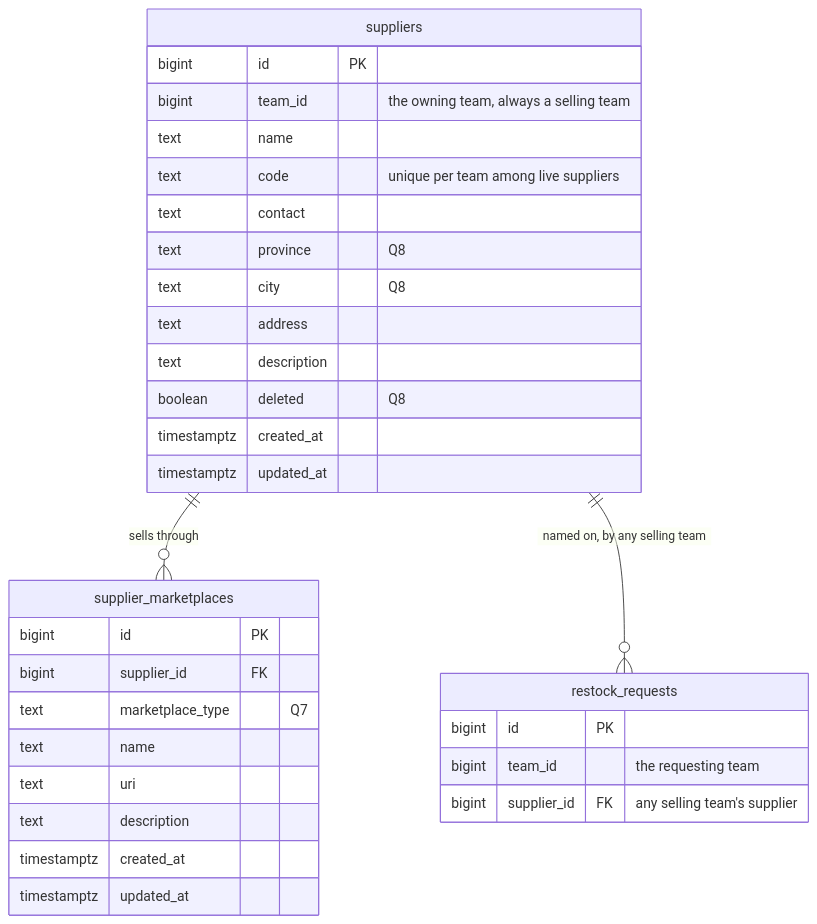
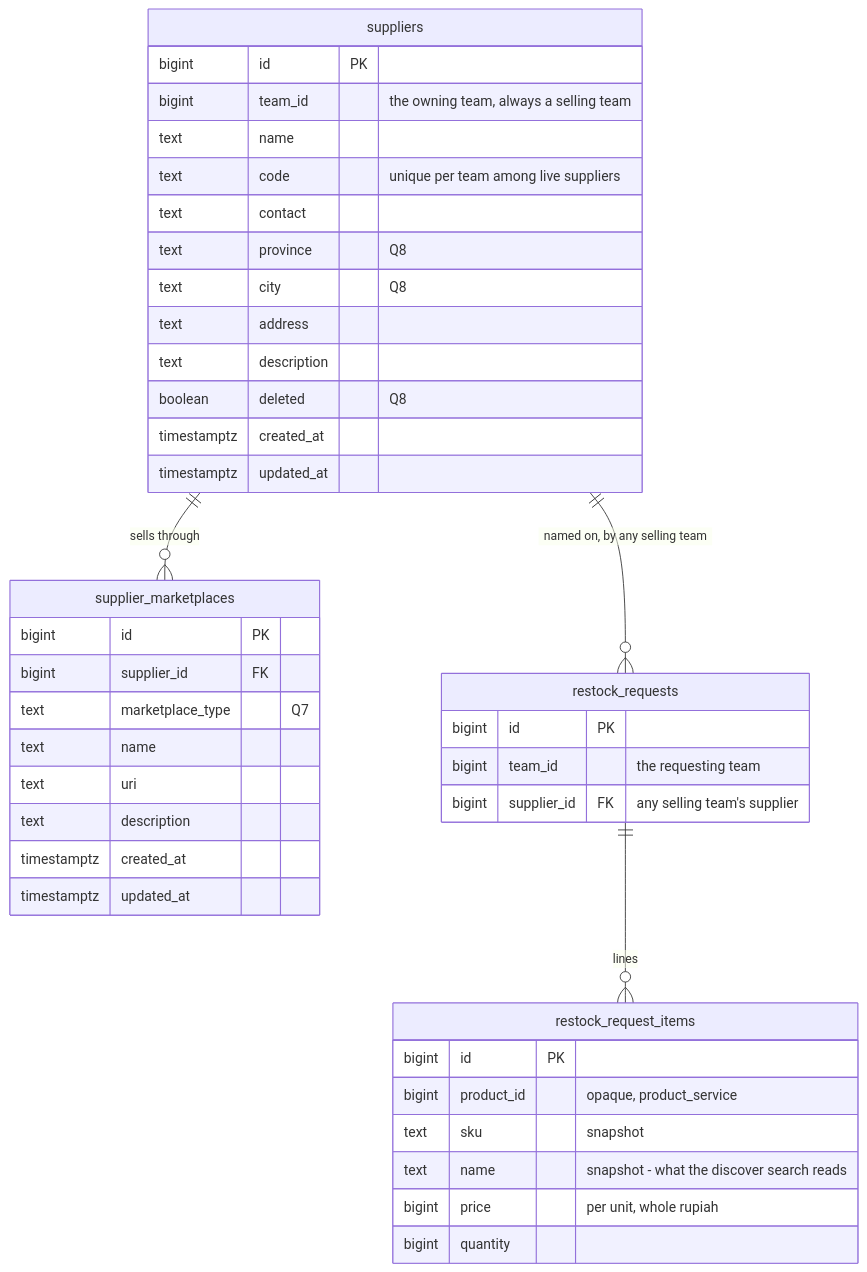
Before and after one commit to pdcgo/warehouse_revamp: the second of 6 diagrams in docs/business/supplier/context_clarify.md, drawn with Mermaid. The commit also changed other lines of this file and 2 other files, not shown here.

First line of the commit message:
supplier: Q3 answered - another team sees everything, Q9 opened on what "products" means

````diff
--- a/docs/business/supplier/context_clarify.md
+++ b/docs/business/supplier/context_clarify.md
@@ -75,34 +78,43 @@
 ```mermaid
 erDiagram
   suppliers ||--o{ supplier_marketplaces : "sells through"
   suppliers ||--o{ restock_requests : "named on, by any selling team"
   suppliers {
     bigint id PK
     bigint team_id "the owning team, always a selling team"
     text name
     text code "unique per team among live suppliers"
     text contact
     text province "Q8"
     text city "Q8"
     text address
     text description
     boolean deleted "Q8"
     timestamptz created_at
     timestamptz updated_at
   }
   supplier_marketplaces {
     bigint id PK
     bigint supplier_id FK
     text marketplace_type "Q7"
     text name
     text uri
     text description
     timestamptz created_at
     timestamptz updated_at
   }
+  restock_requests ||--o{ restock_request_items : "lines"
   restock_requests {
     bigint id PK
     bigint team_id "the requesting team"
     bigint supplier_id FK "any selling team's supplier"
   }
+  restock_request_items {
+    bigint id PK
+    bigint product_id "opaque, product_service"
+    text sku "snapshot"
+    text name "snapshot - what the discover search reads"
+    bigint price "per unit, whole rupiah"
+    bigint quantity
+  }
 ```
````
